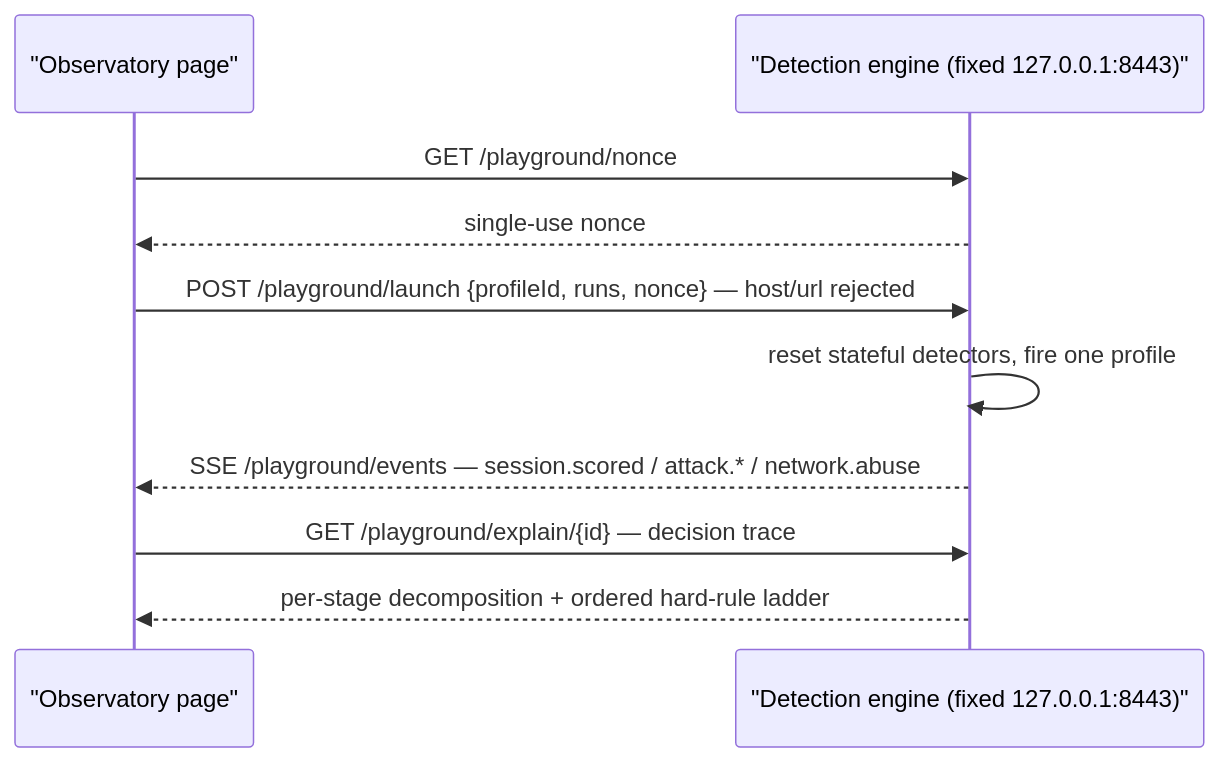
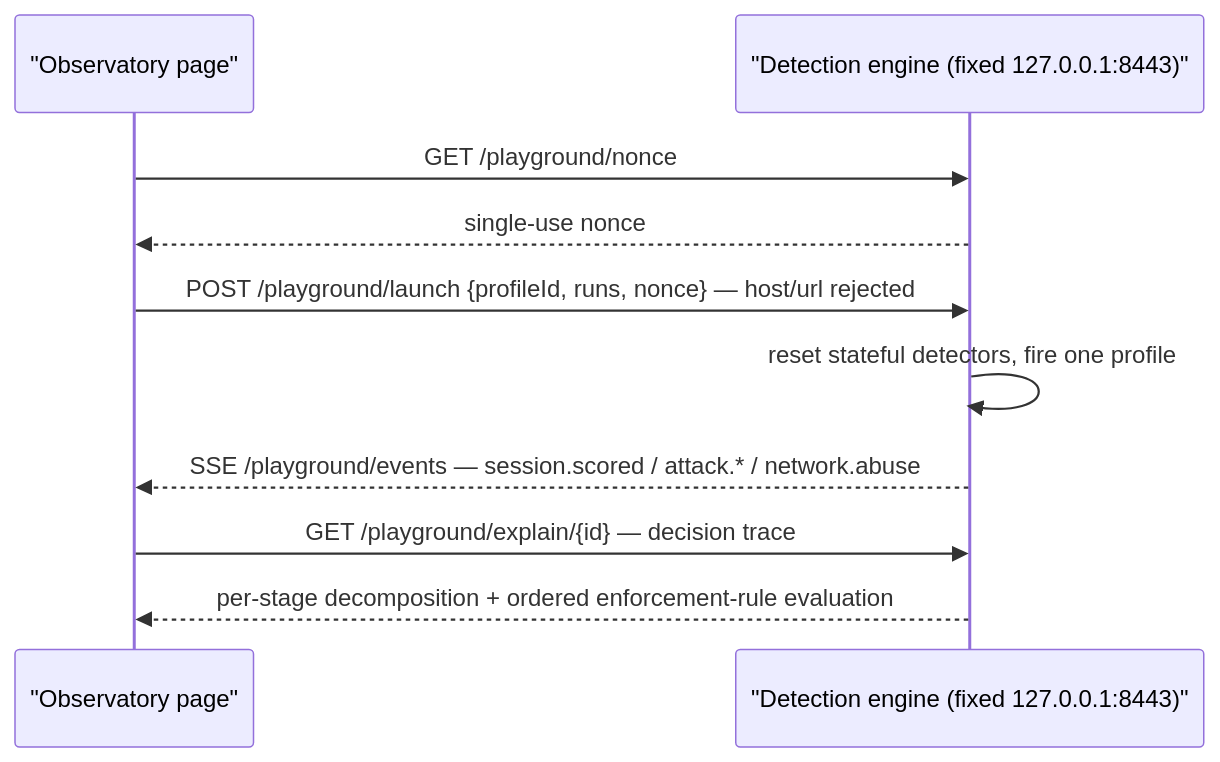
One commit to modootoday/humanymous changed the diagram in docs/how-to/detection-observatory.md. Above: the diagram before and after it, drawn with Mermaid. The commit also changed 77 other files, not shown here.

````diff
--- a/docs/how-to/detection-observatory.md
+++ b/docs/how-to/detection-observatory.md
@@ -82,12 +82,12 @@
 ```mermaid
 sequenceDiagram
   participant U as "Observatory page"
   participant E as "Detection engine (fixed 127.0.0.1:8443)"
   U->>E: GET /playground/nonce
   E-->>U: single-use nonce
   U->>E: POST /playground/launch {profileId, runs, nonce} — host/url rejected
   E->>E: reset stateful detectors, fire one profile
   E-->>U: SSE /playground/events — session.scored / attack.* / network.abuse
   U->>E: GET /playground/explain/{id} — decision trace
-  E-->>U: per-stage decomposition + ordered hard-rule ladder
+  E-->>U: per-stage decomposition + ordered enforcement-rule evaluation
 ```
````
